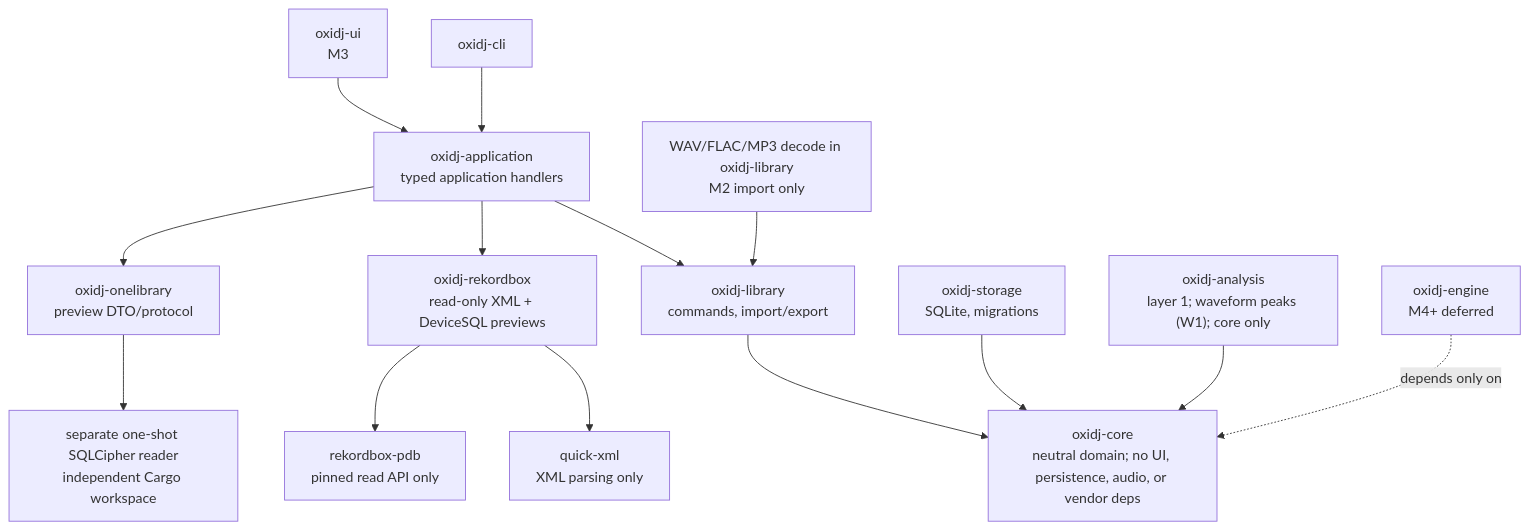
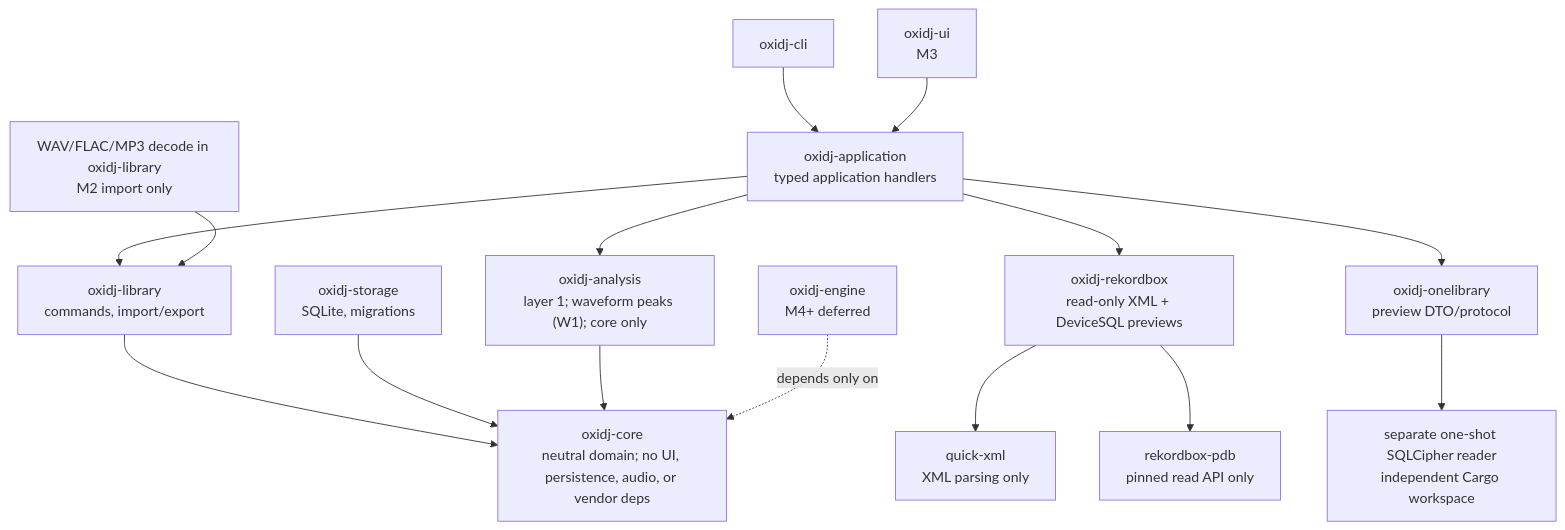
Before and after one commit to Senci/oxidj: the diagram in docs/adr/004-crate-boundaries.md, drawn with Mermaid. The commit also changed other lines of this file and 15 other files, not shown here.

````diff
--- a/docs/adr/004-crate-boundaries.md
+++ b/docs/adr/004-crate-boundaries.md
@@ -27,16 +27,17 @@
 ```mermaid
 flowchart TB
     cli["oxidj-cli"] --> app["oxidj-application<br/>typed application handlers"]
     ui["oxidj-ui<br/>M3"] --> app
     app --> library["oxidj-library<br/>commands, import/export"]
     app --> adapters["oxidj-rekordbox<br/>read-only XML + DeviceSQL previews"]
     app --> onelibrary["oxidj-onelibrary<br/>preview DTO/protocol"]
+    app --> analysis
     onelibrary --> reader["separate one-shot SQLCipher reader<br/>independent Cargo workspace"]
     library --> core["oxidj-core<br/>neutral domain; no UI, persistence, audio, or vendor deps"]
     adapters --> xml["quick-xml<br/>XML parsing only"]
     adapters --> pdb["rekordbox-pdb<br/>pinned read API only"]
     storage["oxidj-storage<br/>SQLite, migrations"] --> core
     analysis["oxidj-analysis<br/>layer 1; waveform peaks (W1); core only"] --> core
     audio["WAV/FLAC/MP3 decode in oxidj-library<br/>M2 import only"] --> library
     engine["oxidj-engine<br/>M4+ deferred"] -. "depends only on" .-> core
 ```
````
